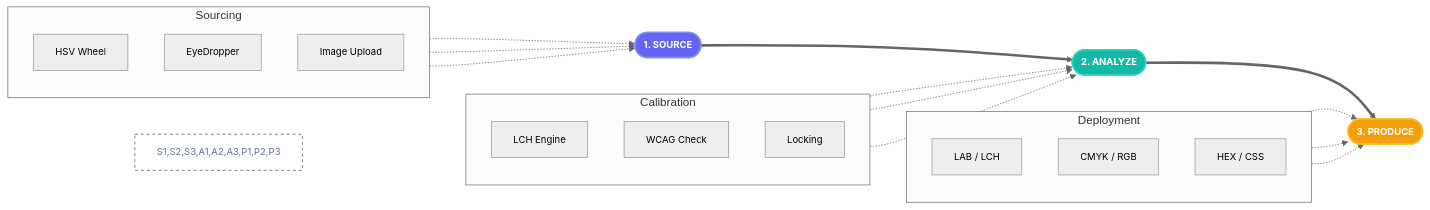
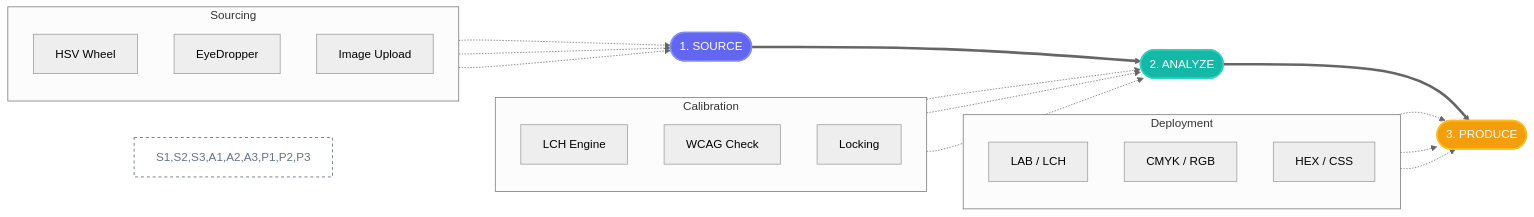
One commit to azsoftstudio/colorforge changed the diagram in README.md. Above: the diagram before and after it, drawn with Mermaid (neutral theme).

Commit message:
fix: resolve Mermaid rendering issue by using plain text labels

````diff
--- a/README.md
+++ b/README.md
@@ -28,38 +28,37 @@
 ```mermaid
 graph LR
     %% Main Pipeline
-    S([<b>1. SOURCE</b>]) ==> A([<b>2. ANALYZE</b>]) ==> P([<b>3. PRODUCE</b>])
+    S([1. SOURCE]) ==> A([2. ANALYZE]) ==> P([3. PRODUCE])
 
     %% Details
     subgraph "Sourcing"
         direction TB
         S1[HSV Wheel]
         S2[EyeDropper]
         S3[Image Upload]
     end
     S1 & S2 & S3 -.-> S
 
     subgraph "Calibration"
         direction TB
         A1[LCH Engine]
         A2[WCAG Check]
         A3[Locking]
     end
     A1 & A2 & A3 -.-> A
 
     subgraph "Deployment"
         direction TB
         P1[LAB / LCH]
         P2[CMYK / RGB]
         P3[HEX / CSS]
     end
     P1 & P2 & P3 -.-> P
 
     %% Aesthetics
     style S fill:#6366f1,stroke:#818cf8,stroke-width:2px,color:#fff
     style A fill:#14b8a6,stroke:#2dd4bf,stroke-width:2px,color:#fff
     style P fill:#f59e0b,stroke:#fbbf24,stroke-width:2px,color:#fff
     
     style S1,S2,S3,A1,A2,A3,P1,P2,P3 fill:none,stroke:#475569,stroke-dasharray: 4 4,color:#64748b
-    classDef default font-family:Inter,font-size:13px;
 ```
````
